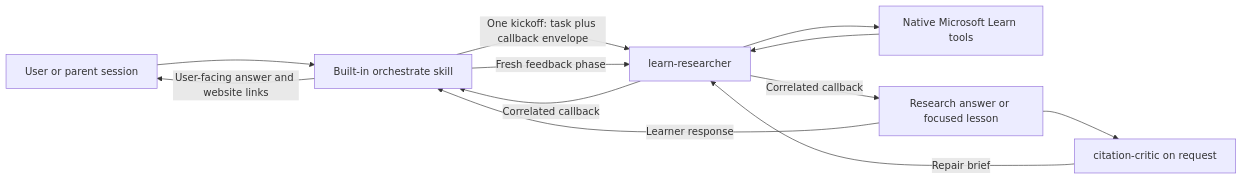
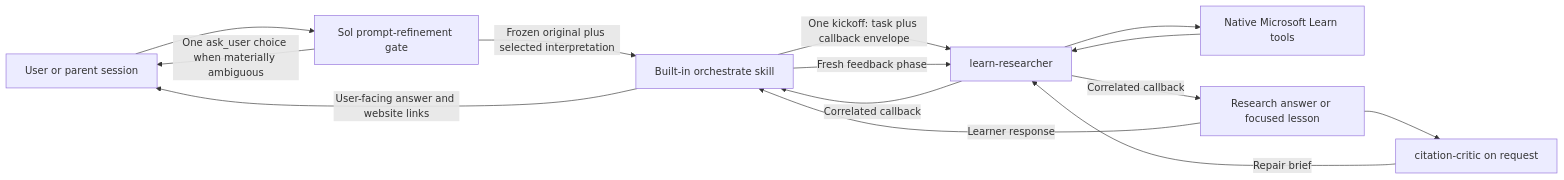
The diagram in docs/architecture.md (msucharda/azure-learn-copilot-app), drawn with Mermaid before and after one commit. The commit also changed other lines of this file and 3 other files, not shown here.

First line of the commit message:
Add pre-research prompt refinement gate

````diff
--- a/docs/architecture.md
+++ b/docs/architecture.md
@@ -7,14 +7,16 @@
 ```mermaid
 flowchart LR
-    U[User or parent session] --> O[Built-in orchestrate skill]
+    U[User or parent session] --> P[Sol prompt-refinement gate]
+    P -->|One ask_user choice when materially ambiguous| U
+    P -->|Frozen original plus selected interpretation| O[Built-in orchestrate skill]
     O -->|One kickoff: task plus callback envelope| R[learn-researcher]
     R --> L[Native Microsoft Learn tools]
     L --> R
     R -->|Correlated callback| A[Research answer or focused lesson]
     A --> C[citation-critic on request]
     C -->|Repair brief| R
     A -->|Learner response| O
     O -->|Fresh feedback phase| R
     R -->|Correlated callback| O
     O -->|User-facing answer and website links| U
 ```
````
